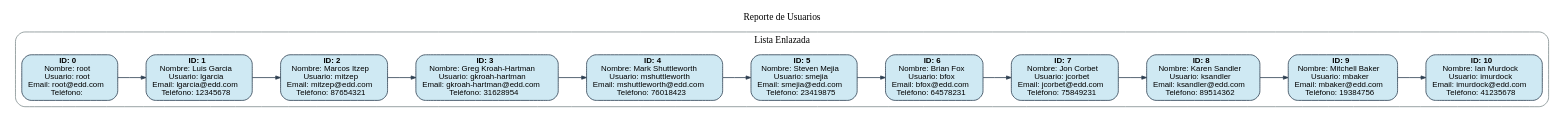
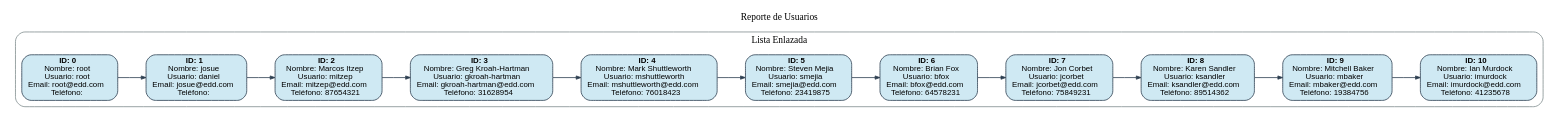
The diagram in EDDMail/FASE1/Root-Reportes/usuarios.dot (josuef24/-EDD-1S2025_202300668), drawn with Graphviz before and after one commit. The commit also changed 68 other files, not shown here.

```diff
--- a/EDDMail/FASE1/Root-Reportes/usuarios.dot
+++ b/EDDMail/FASE1/Root-Reportes/usuarios.dot
@@ -1,33 +1,33 @@
 digraph "Reporte de Usuarios" {
   rankdir=LR;
   graph [fontsize=12, labelloc="t"];
   node  [shape=box, style="rounded,filled", color="#2c3e50", fillcolor="#cfe9f3", fontname="Helvetica", fontsize=10];
   edge  [color="#2c3e50", arrowsize=0.6];
   label="Reporte de Usuarios";
   subgraph cluster_usuarios {
     label="Lista Enlazada";
     style="rounded";
     color="#7f8c8d";
     u0 [label=<<b>ID: 0</b><br/>Nombre: root<br/>Usuario: root<br/>Email: root@edd.com<br/>Teléfono: >];
     u0 -> u1;
-    u1 [label=<<b>ID: 1</b><br/>Nombre: Luis Garcia<br/>Usuario: lgarcia<br/>Email: lgarcia@edd.com<br/>Teléfono: 12345678>];
+    u1 [label=<<b>ID: 1</b><br/>Nombre: josue<br/>Usuario: daniel<br/>Email: josue@edd.com<br/>Teléfono: >];
     u1 -> u2;
     u2 [label=<<b>ID: 2</b><br/>Nombre: Marcos Itzep<br/>Usuario: mitzep<br/>Email: mitzep@edd.com<br/>Teléfono: 87654321>];
     u2 -> u3;
     u3 [label=<<b>ID: 3</b><br/>Nombre: Greg Kroah-Hartman<br/>Usuario: gkroah-hartman<br/>Email: gkroah-hartman@edd.com<br/>Teléfono: 31628954>];
     u3 -> u4;
     u4 [label=<<b>ID: 4</b><br/>Nombre: Mark Shuttleworth<br/>Usuario: mshuttleworth<br/>Email: mshuttleworth@edd.com<br/>Teléfono: 76018423>];
     u4 -> u5;
     u5 [label=<<b>ID: 5</b><br/>Nombre: Steven Mejia<br/>Usuario: smejia<br/>Email: smejia@edd.com<br/>Teléfono: 23419875>];
     u5 -> u6;
     u6 [label=<<b>ID: 6</b><br/>Nombre: Brian Fox<br/>Usuario: bfox<br/>Email: bfox@edd.com<br/>Teléfono: 64578231>];
     u6 -> u7;
     u7 [label=<<b>ID: 7</b><br/>Nombre: Jon Corbet<br/>Usuario: jcorbet<br/>Email: jcorbet@edd.com<br/>Teléfono: 75849231>];
     u7 -> u8;
     u8 [label=<<b>ID: 8</b><br/>Nombre: Karen Sandler<br/>Usuario: ksandler<br/>Email: ksandler@edd.com<br/>Teléfono: 89514362>];
     u8 -> u9;
     u9 [label=<<b>ID: 9</b><br/>Nombre: Mitchell Baker<br/>Usuario: mbaker<br/>Email: mbaker@edd.com<br/>Teléfono: 19384756>];
     u9 -> u10;
     u10 [label=<<b>ID: 10</b><br/>Nombre: Ian Murdock<br/>Usuario: imurdock<br/>Email: imurdock@edd.com<br/>Teléfono: 41235678>];
   }
 }
```
